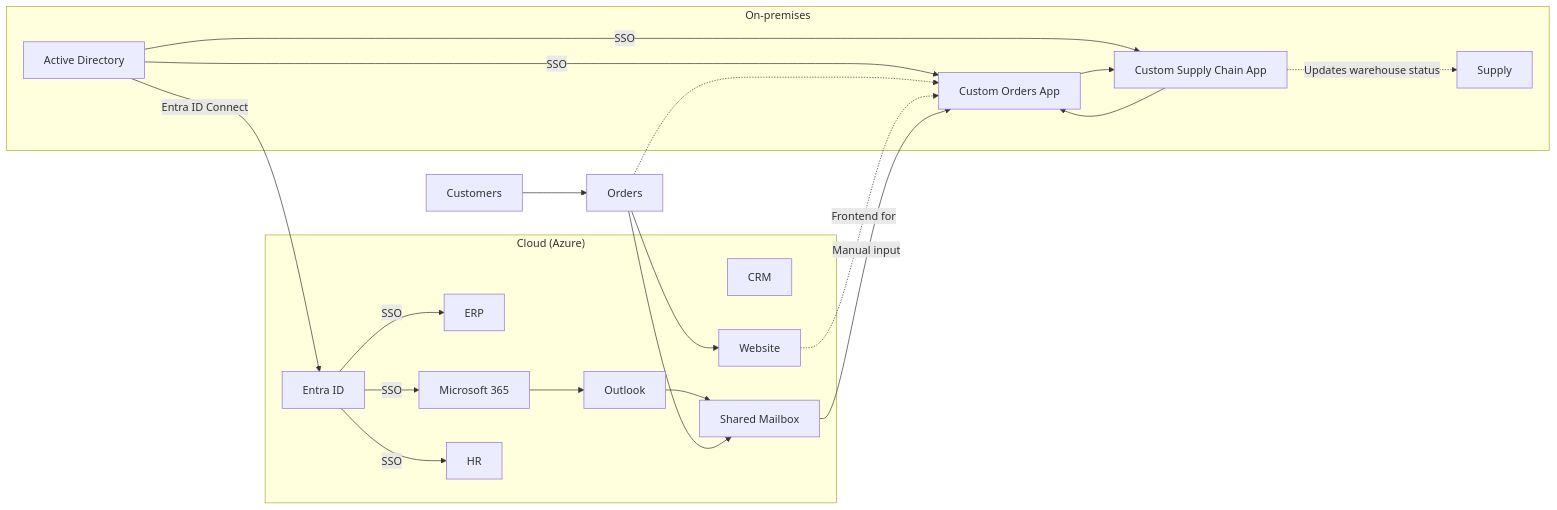
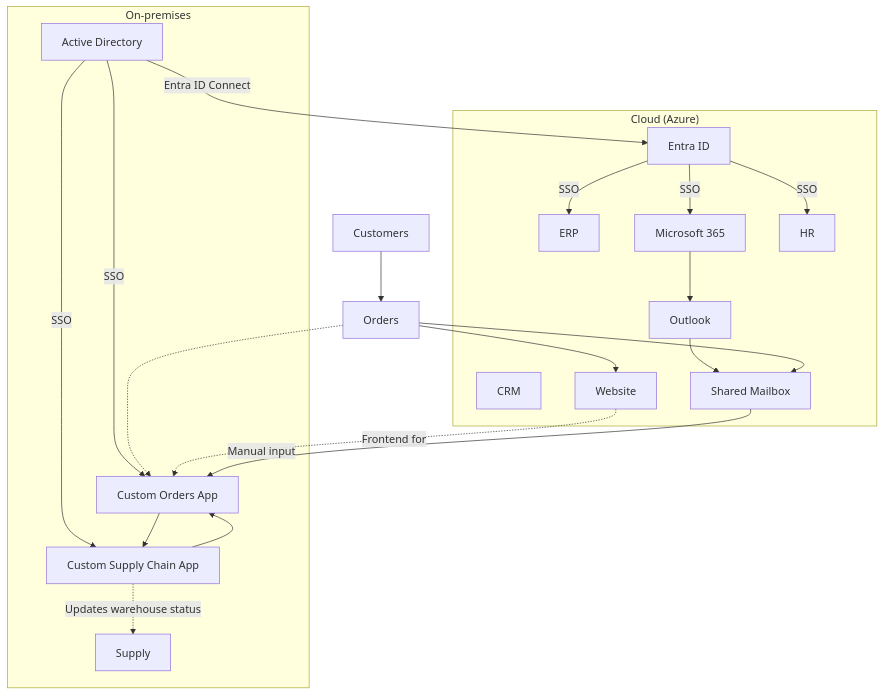
The first of 5 diagrams in _posts/2024-08-25-SecurityMonitoring-DataSources.md (lnfernux/lnfernux.github.io), drawn with Mermaid before and after one commit. The commit also changed other lines of this file, not shown here.

Commit message:
Change direction of some graphs

````diff
--- a/_posts/2024-08-25-SecurityMonitoring-DataSources.md
+++ b/_posts/2024-08-25-SecurityMonitoring-DataSources.md
@@ -67,33 +67,33 @@
 ```mermaid
-graph LR
+graph TD
     subgraph "Cloud (Azure)"
     CRM[CRM]
     ERP[ERP]
     Website[Website]
     Office365[Microsoft 365]
     EntraID[Entra ID]
     HR[HR]
     EntraID --> |SSO| HR
     EntraID --> |SSO| ERP
     EntraID --> |SSO| Office365
     Office365 --> Outlook
     Outlook --> SharedMailbox
     end
     subgraph On-premises
     AD[Active Directory]
     OrdersApplication[Custom Orders App]
     SupplyChain[Custom Supply Chain App]
     AD --> |SSO|OrdersApplication
     AD --> |SSO|SupplyChain
     OrdersApplication --> SupplyChain
     SupplyChain --> OrdersApplication
     SupplyChain -.-> |Updates warehouse status| Supply
     end
     AD --> |Entra ID Connect| EntraID
     Orders --> SharedMailbox[Shared Mailbox] 
     Orders --> Website
     Orders -.-> OrdersApplication
     Website -.-> |Frontend for| OrdersApplication
     Customers --> Orders
     SharedMailbox --> |Manual input|OrdersApplication
 ```
````
